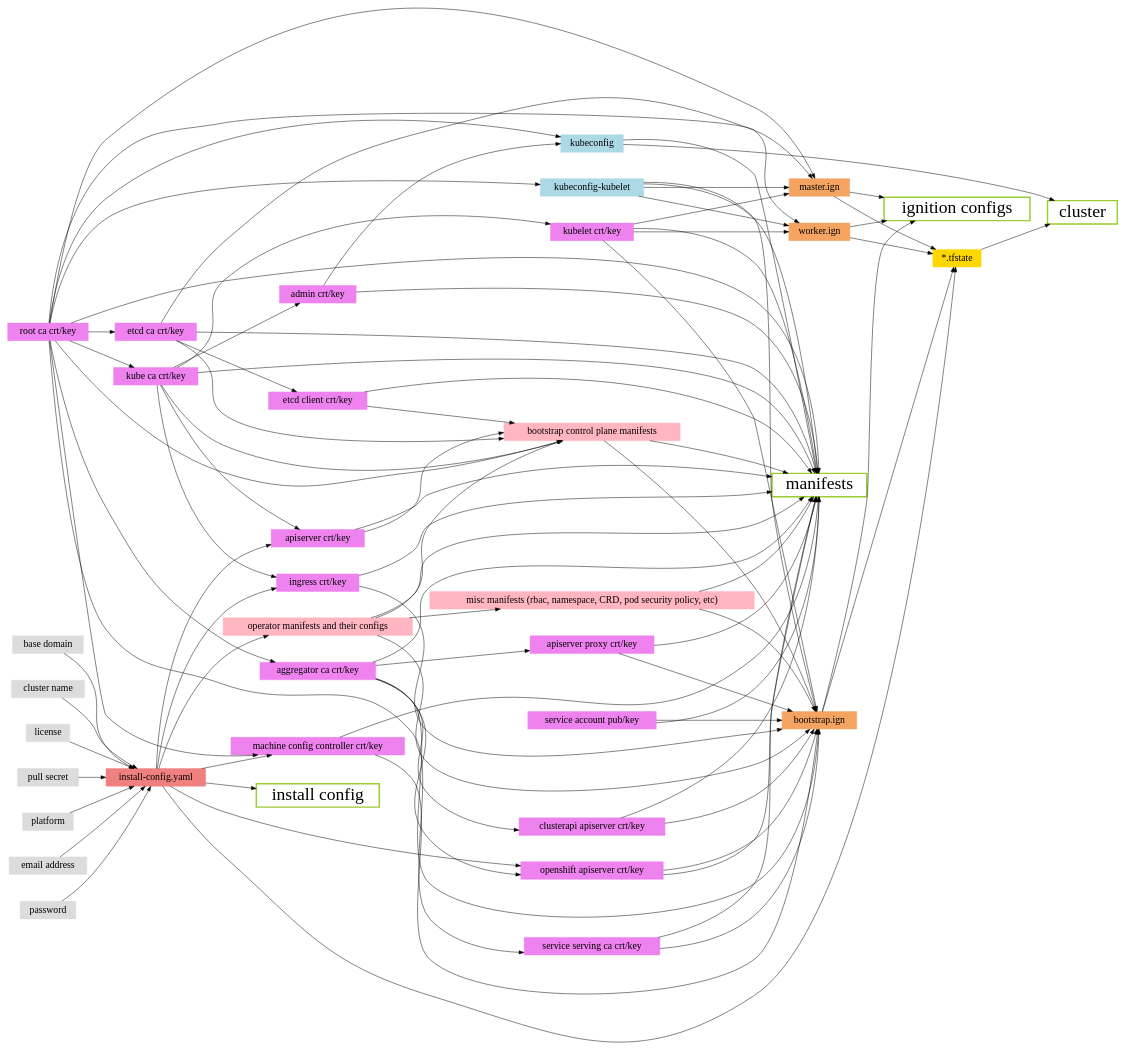
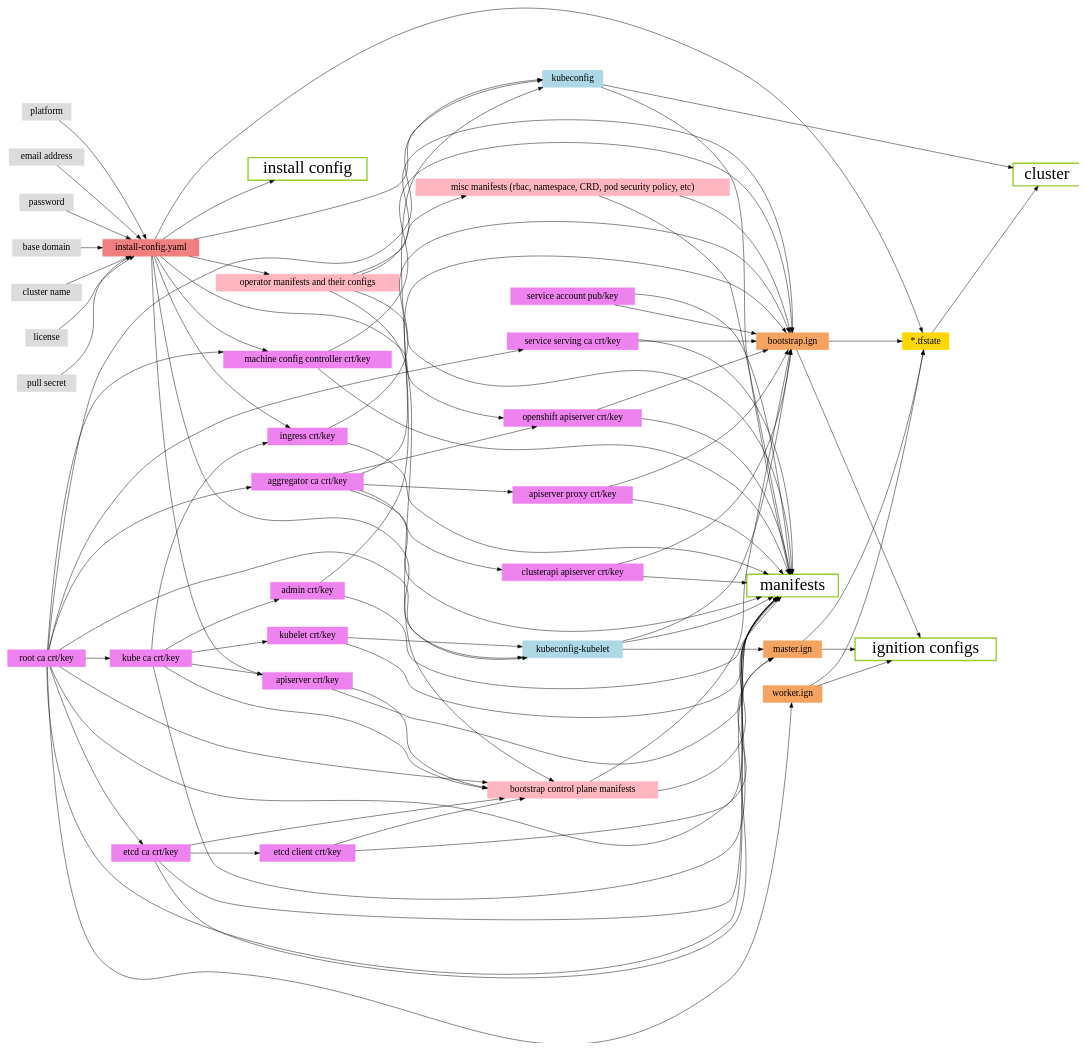
One commit to openshift/installer changed the diagram in Documentation/design/resource_dep.dot. Above: the diagram before and after it, drawn with Graphviz. The commit also changed 1 other file, not shown here.

```diff
--- a/Documentation/design/resource_dep.dot
+++ b/Documentation/design/resource_dep.dot
@@ -131,6 +131,11 @@
 
   admin_bundle -> kubeconfig;
 
+  kubelet_bundle -> kubelet_kubeconfig;
+
+  install_config -> kubeconfig;
+  install_config -> kubelet_kubeconfig;
+
   apiserver_bundle -> bootstrap_control_plane;
 
   apiserver_proxy_bundle -> bootstrap_ignition;
@@ -138,10 +143,6 @@
   clusterapi_apiserver_bundle -> bootstrap_ignition;
 
   etcd_client_bundle -> bootstrap_control_plane;
-
-  kubelet_bundle -> bootstrap_ignition;
-  kubelet_bundle -> master_ignition;
-  kubelet_bundle -> worker_ignition;
 
   ingress_bundle -> bootstrap_ignition;
 
@@ -163,7 +164,6 @@
 
   kubelet_kubeconfig -> bootstrap_ignition;
   kubelet_kubeconfig -> master_ignition;
-  kubelet_kubeconfig -> worker_ignition;
 
   bootstrap_ignition -> terraform_state;
   master_ignition -> terraform_state;
```
